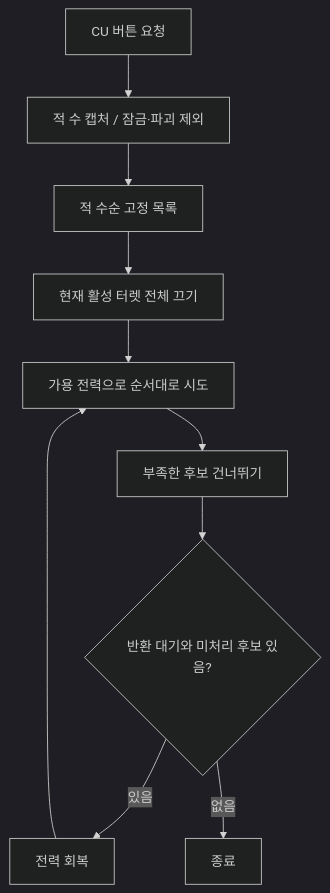
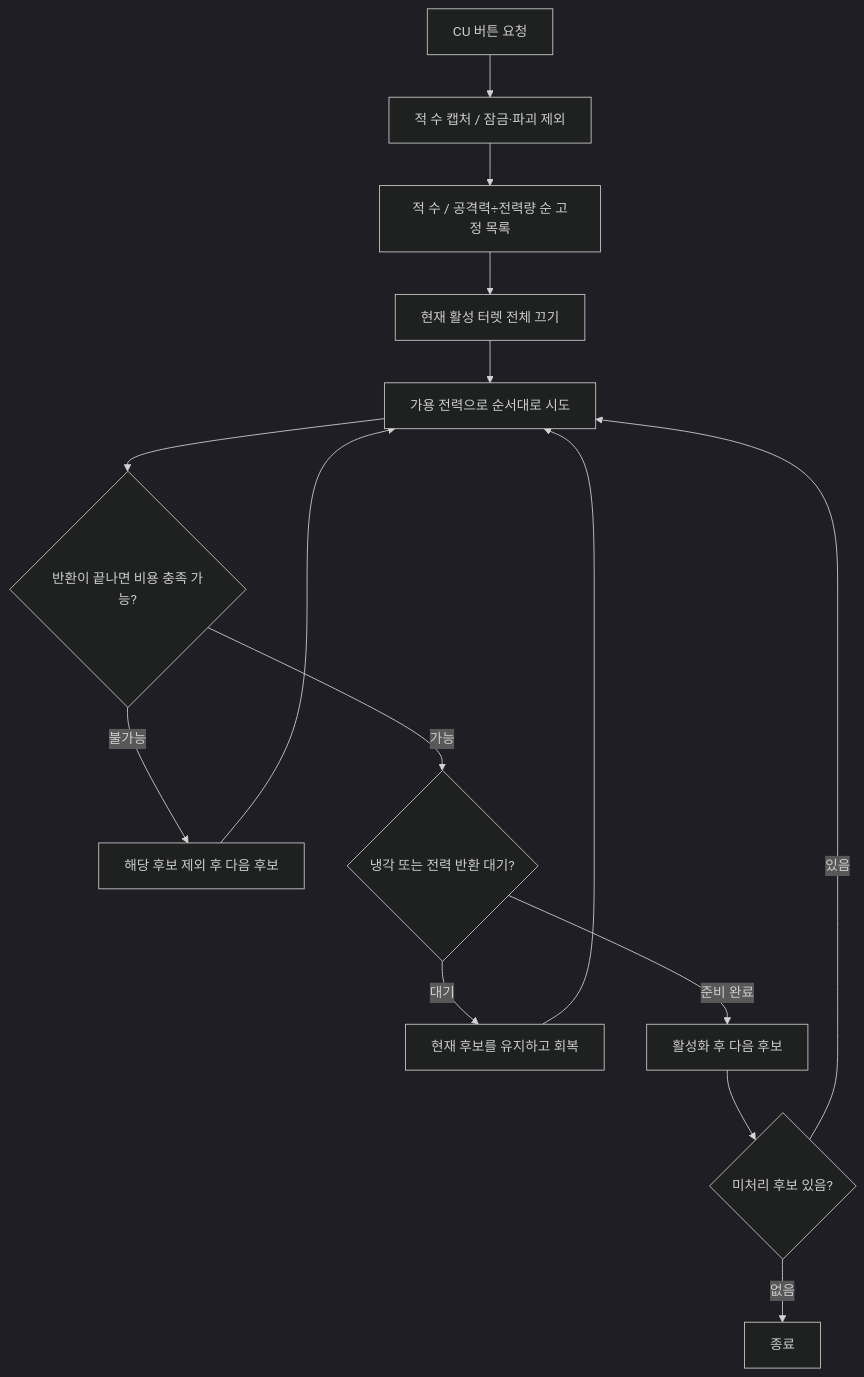
Diagram 17 of 17 in Docs/architecture/turret-system-guide.md (Team-HJD-21/unity-6-the-developer), drawn with Mermaid (dark theme) before and after one commit. The commit also changed other lines of this file and 1 other file, not shown here.

Commit message:
docs(turret): draft CU growth tree and state policies

````diff
--- a/Docs/architecture/turret-system-guide.md
+++ b/Docs/architecture/turret-system-guide.md
@@ -834,12 +834,17 @@
 ```mermaid
 flowchart TD
     Button[CU 버튼 요청] --> Capture[적 수 캡처 / 잠금·파괴 제외]
-    Capture --> Sort[적 수순 고정 목록]
+    Capture --> Sort[적 수 / 공격력÷전력량 순 고정 목록]
     Sort --> Off[현재 활성 터렛 전체 끄기]
     Off --> Try[가용 전력으로 순서대로 시도]
-    Try --> Skip[부족한 후보 건너뛰기]
-    Skip --> Wait{반환 대기와 미처리 후보 있음?}
-    Wait -->|있음| Recover[전력 회복]
+    Try --> Possible{반환이 끝나면 비용 충족 가능?}
+    Possible -->|불가능| Skip[해당 후보 제외 후 다음 후보]
+    Skip --> Try
+    Possible -->|가능| Wait{냉각 또는 전력 반환 대기?}
+    Wait -->|대기| Recover[현재 후보를 유지하고 회복]
     Recover --> Try
-    Wait -->|없음| End[종료]
+    Wait -->|준비 완료| Activate[활성화 후 다음 후보]
+    Activate --> More{미처리 후보 있음?}
+    More -->|있음| Try
+    More -->|없음| End[종료]
 ```
````
